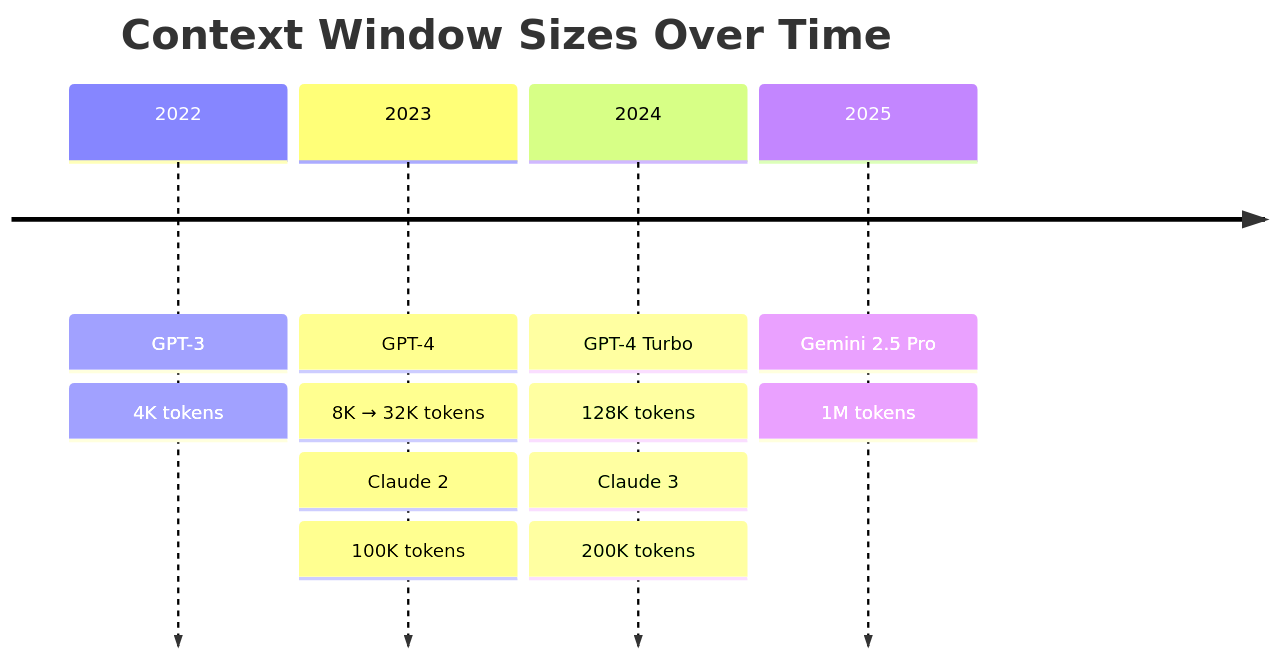
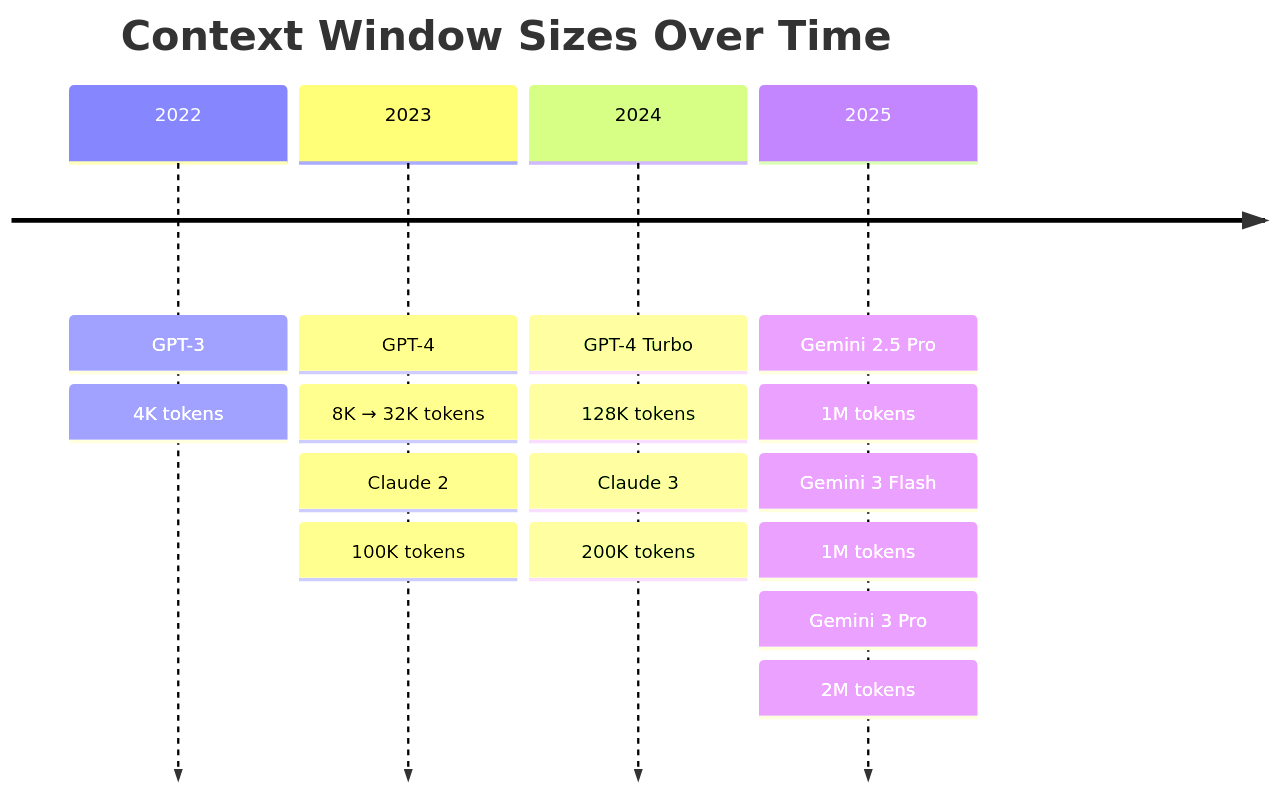
One commit to kousen/ragdemo changed the third of 5 diagrams in diagrams/context-window-diagrams.md. Above: the diagram before and after it, drawn with Mermaid. The commit also changed other lines of this file and 1 other file, not shown here.

First line of the commit message:
Update context window sizes to include Gemini 3

````diff
--- a/diagrams/context-window-diagrams.md
+++ b/diagrams/context-window-diagrams.md
@@ -56,10 +56,12 @@
 ```mermaid
 timeline
     title Context Window Sizes Over Time
     2022 : GPT-3 : 4K tokens
     2023 : GPT-4 : 8K → 32K tokens
          : Claude 2 : 100K tokens
     2024 : GPT-4 Turbo : 128K tokens
          : Claude 3 : 200K tokens
     2025 : Gemini 2.5 Pro : 1M tokens
+         : Gemini 3 Flash : 1M tokens
+         : Gemini 3 Pro : 2M tokens
 ```
````
